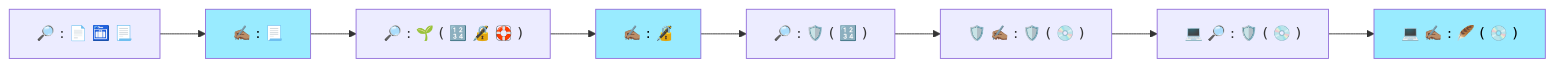
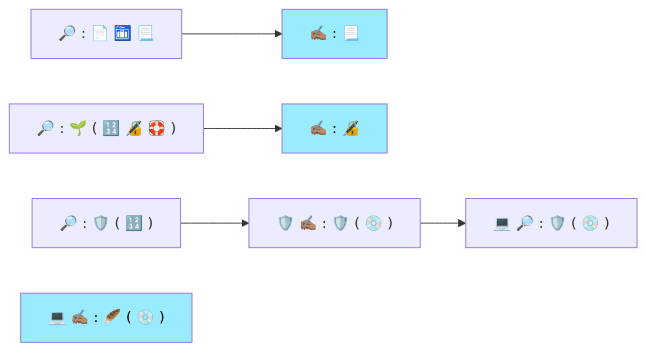
Diagram 56 of 59 in Docs/Scenario-Multisig.md (BlockchainCommons/SmartCustody), drawn with Mermaid before and after one commit.

````diff
--- a/Docs/Scenario-Multisig.md
+++ b/Docs/Scenario-Multisig.md
@@ -1529,17 +1529,19 @@
 ```mermaid
 graph LR;
 
 A["🔎 : 📄 🛅 📃"]
 B["✍🏽 : 📃"]
 C["🔎 : 🌱 ( 🔢 🔏 🛟 )"]
 D["✍🏽 : 🔏"]
 E["🔎 : 🛡️ ( 🔢 )"]
 F["🛡️ ✍🏽 : 🛡️ ( 💿 )"]
 G["💻 🔎 : 🛡️ ( 💿 )"]
 H["💻 ✍🏽 : 🪶 ( 💿 )"]
 
-A-->B-->C-->D-->E-->F-->G-->H;
+A-->B
+C-->D
+E-->F-->G
 style B color:#000,fill:#99ebff;
 style D color:#000,fill:#99ebff;
 style H color:#000,fill:#99ebff;
 ```
````
